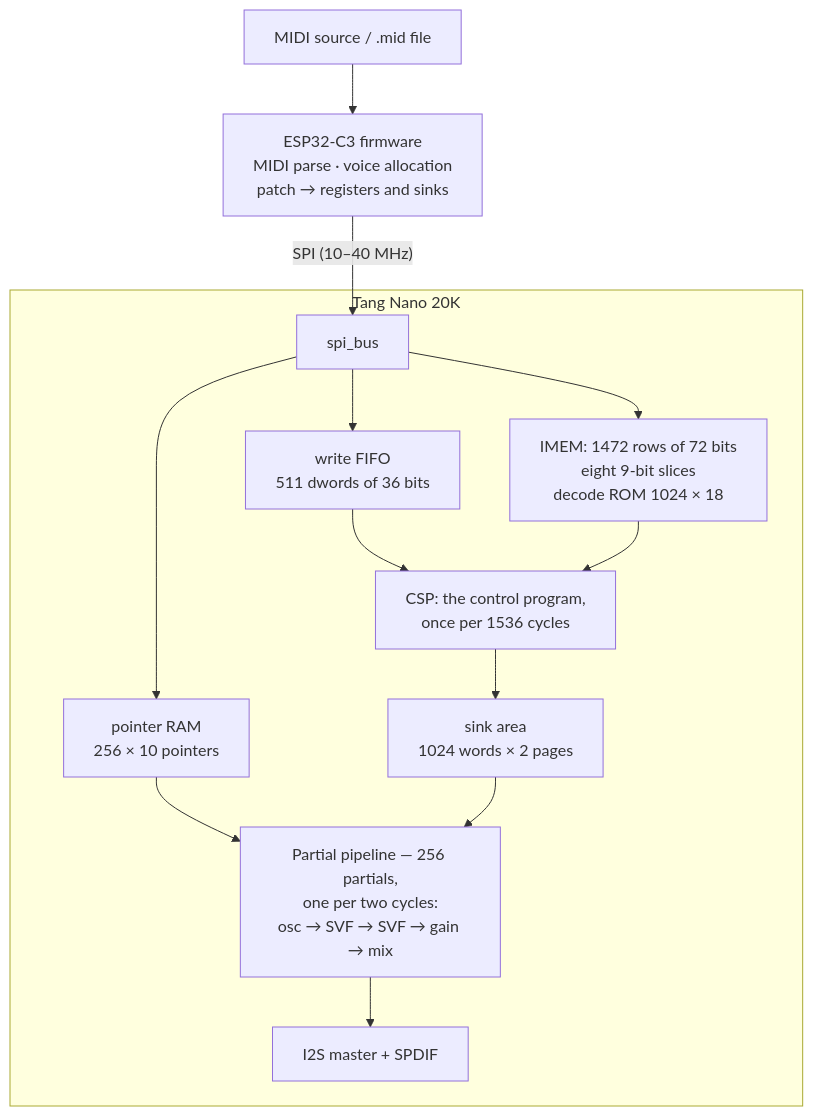
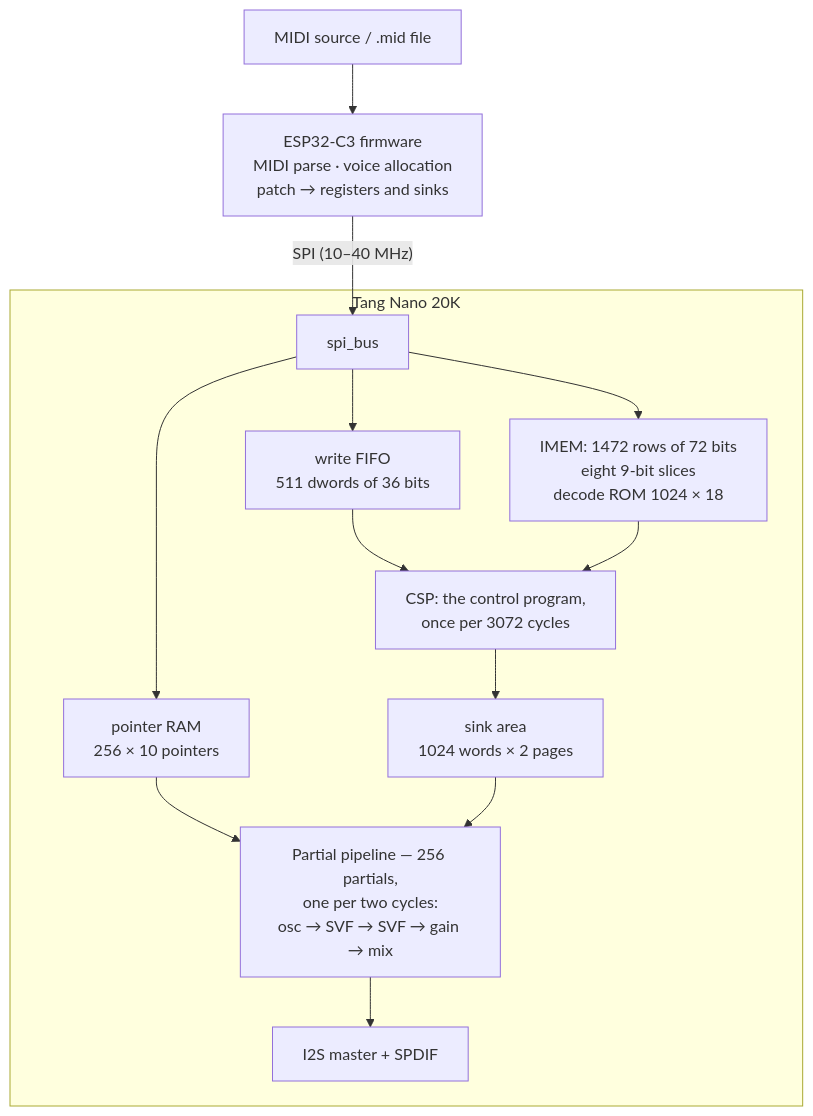
Before and after one commit to Thorwegian/noaidi-fpga-synth: the diagram in docs/memory_map.md, drawn with Mermaid. The commit also changed other lines of this file and 21 other files, not shown here.

````diff
--- a/docs/memory_map.md
+++ b/docs/memory_map.md
@@ -38,16 +38,16 @@
 ```mermaid
 flowchart TD
     MIDI["MIDI source / .mid file"] --> ESP["ESP32-C3 firmware<br/>MIDI parse · voice allocation<br/>patch → registers and sinks"]
     ESP -- "SPI (10–40 MHz)" --> BUS["spi_bus"]
     subgraph FG["Tang Nano 20K"]
         BUS --> Q["write FIFO<br/>511 dwords of 36 bits"]
         BUS --> PGM["IMEM: 1472 rows of 72 bits<br/>eight 9-bit slices<br/>decode ROM 1024 × 18"]
         BUS --> PTR["pointer RAM<br/>256 × 10 pointers"]
-        Q --> CSP["CSP: the control program,<br/>once per 1536 cycles"]
+        Q --> CSP["CSP: the control program,<br/>once per 3072 cycles"]
         PGM --> CSP
         CSP --> SINKS["sink area<br/>1024 words × 2 pages"]
         PTR --> PIPE["Partial pipeline — 256 partials,<br/>one per two cycles:<br/>osc → SVF → SVF → gain → mix"]
         SINKS --> PIPE
         PIPE --> OUT["I2S master + SPDIF"]
     end
 ```
````
